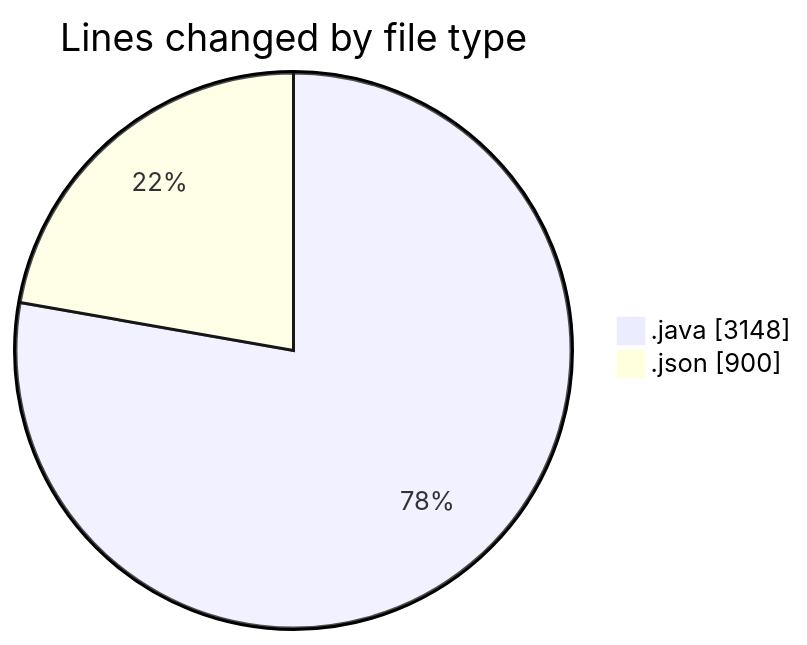
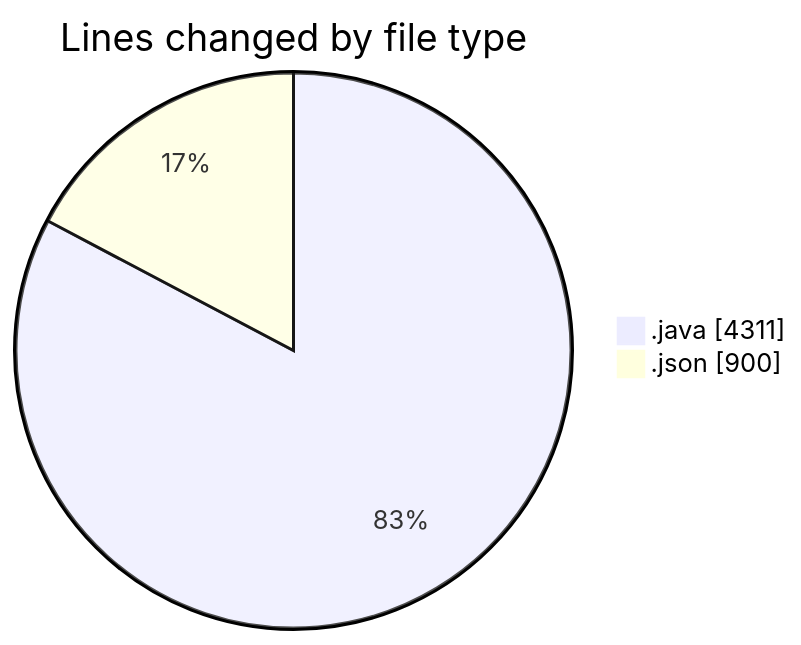
Before and after one commit to ricardozamudiocil/code-tracking: the first of 2 diagrams in 2026-04-16/cilapp/README.md, drawn with Mermaid. The commit also changed other lines of this file and 1 other file, not shown here.

````diff
--- a/2026-04-16/cilapp/README.md
+++ b/2026-04-16/cilapp/README.md
@@ -30,6 +31,6 @@
 ```mermaid
 pie showData
 title Lines changed by file type
-".java" : 3148
+".java" : 4311
 ".json" : 900
 ```
````
